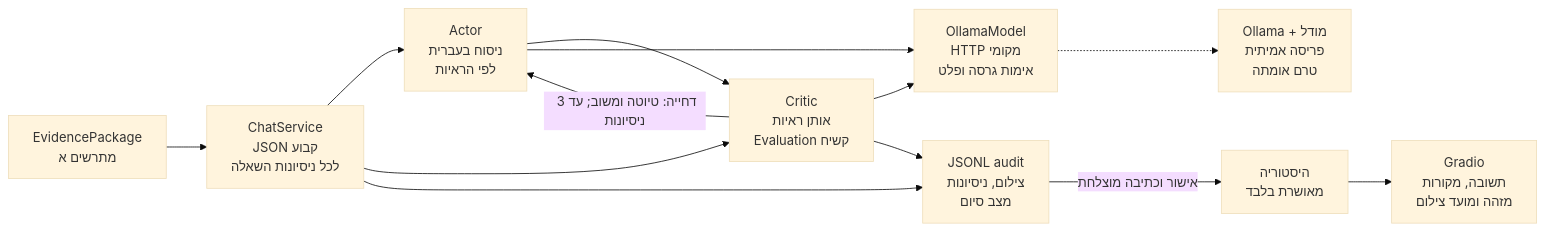
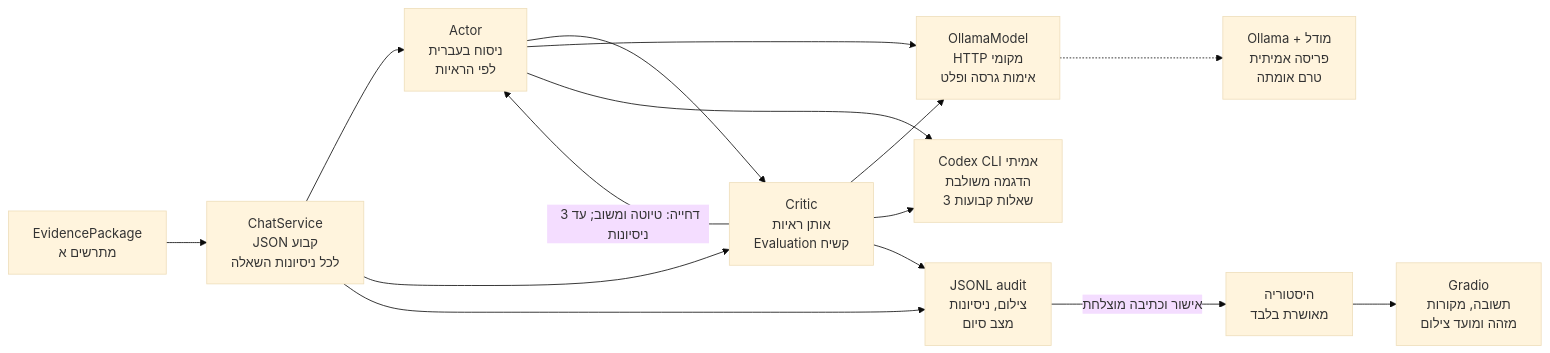
Before and after one commit to eldarush/shopil: the second of 2 diagrams in docs/report.md, drawn with Mermaid (base theme). The commit also changed other lines of this file and 4 other files, not shown here.

````diff
--- a/docs/report.md
+++ b/docs/report.md
@@ -80,15 +80,17 @@
 ```mermaid
 flowchart LR
     package["EvidencePackage<br/>מתרשים א"] --> frozen["ChatService<br/>JSON קבוע<br/>לכל ניסיונות השאלה"]
     frozen --> actor["Actor<br/>ניסוח בעברית<br/>לפי הראיות"]
     frozen --> critic["Critic<br/>אותן ראיות<br/>Evaluation קשיח"]
     actor --> critic
     critic -->|"דחייה: טיוטה ומשוב; עד 3 ניסיונות"| actor
     actor --> transport["OllamaModel<br/>HTTP מקומי<br/>אימות גרסה ופלט"]
     critic --> transport
+    actor --> live["Codex CLI אמיתי<br/>הדגמה משולבת<br/>3 שאלות קבועות"]
+    critic --> live
     transport -.-> ollama["Ollama + מודל<br/>פריסה אמיתית<br/>טרם אומתה"]
     frozen --> audit["JSONL audit<br/>צילום, ניסיונות<br/>מצב סיום"]
     critic --> audit
     audit -->|"אישור וכתיבה מוצלחת"| history["היסטוריה<br/>מאושרת בלבד"]
     history --> ui["Gradio<br/>תשובה, מקורות<br/>מזהה ומועד צילום"]
 ```
````
